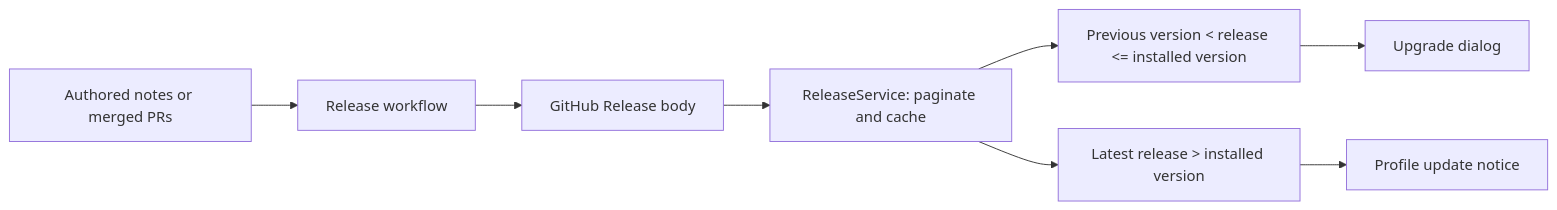
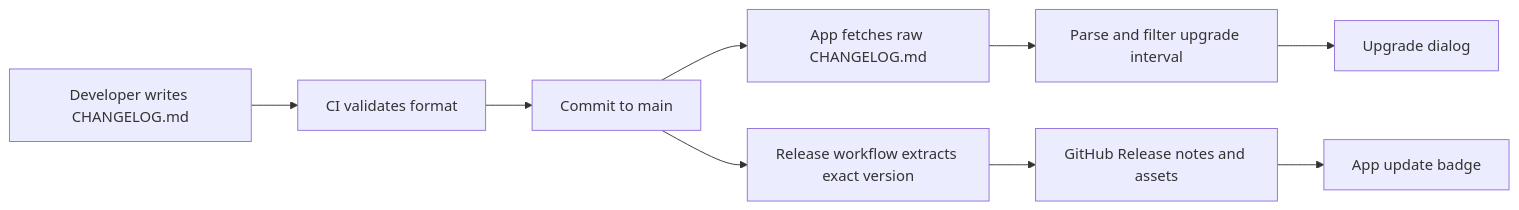
Before and after one commit to Devasy/RepForge: the first of 2 diagrams in docs/architecture/dynamic-release-and-model-discovery.md, drawn with Mermaid. The commit also changed other lines of this file and 15 other files, not shown here.

Commit message:
feat: use root CHANGELOG.md for app and published release notes

````diff
--- a/docs/architecture/dynamic-release-and-model-discovery.md
+++ b/docs/architecture/dynamic-release-and-model-discovery.md
@@ -7,10 +5,11 @@
 ```mermaid
 flowchart LR
-  A[Authored notes or merged PRs] --> B[Release workflow]
-  B --> C[GitHub Release body]
-  C --> D[ReleaseService: paginate and cache]
-  D --> E[Previous version < release <= installed version]
+  A[Developer writes CHANGELOG.md] --> B[CI validates format]
+  B --> C[Commit to main]
+  C --> D[App fetches raw CHANGELOG.md]
+  D --> E[Parse and filter upgrade interval]
   E --> F[Upgrade dialog]
-  D --> G[Latest release > installed version]
-  G --> H[Profile update notice]
+  C --> G[Release workflow extracts exact version]
+  G --> H[GitHub Release notes and assets]
+  H --> I[App update badge]
 ```
````
